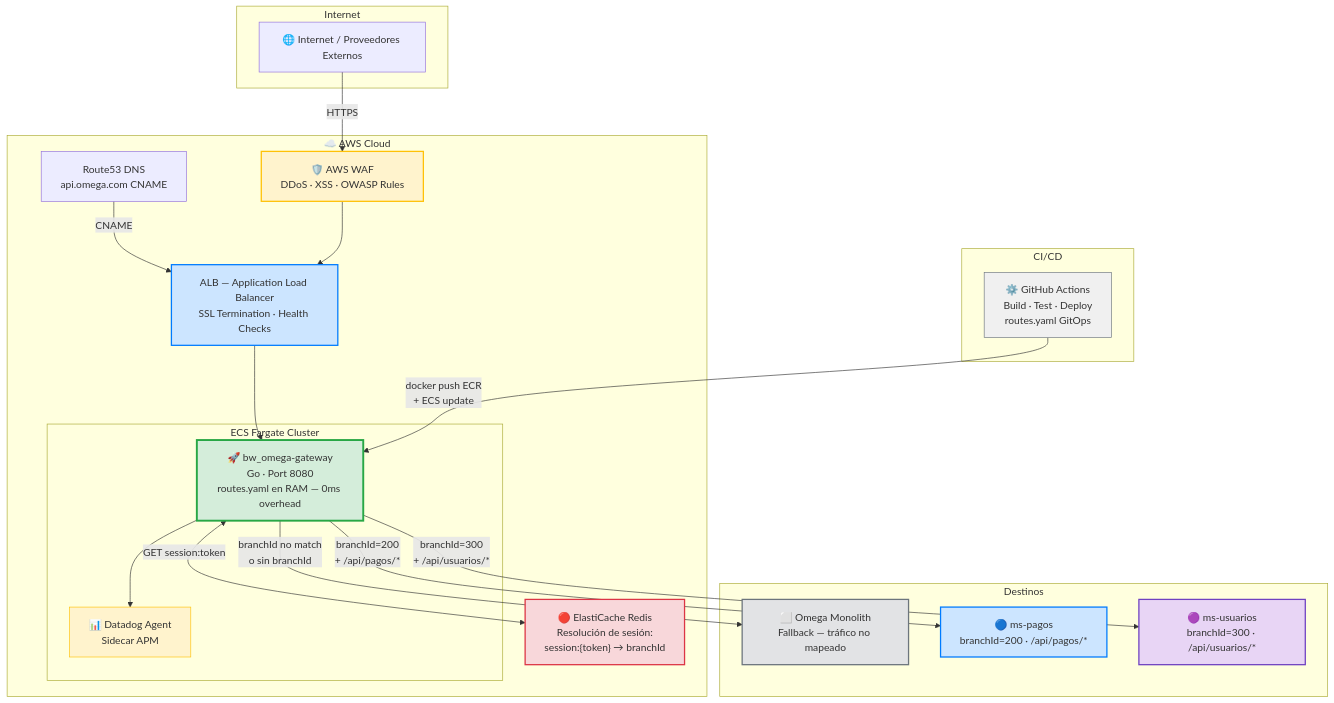
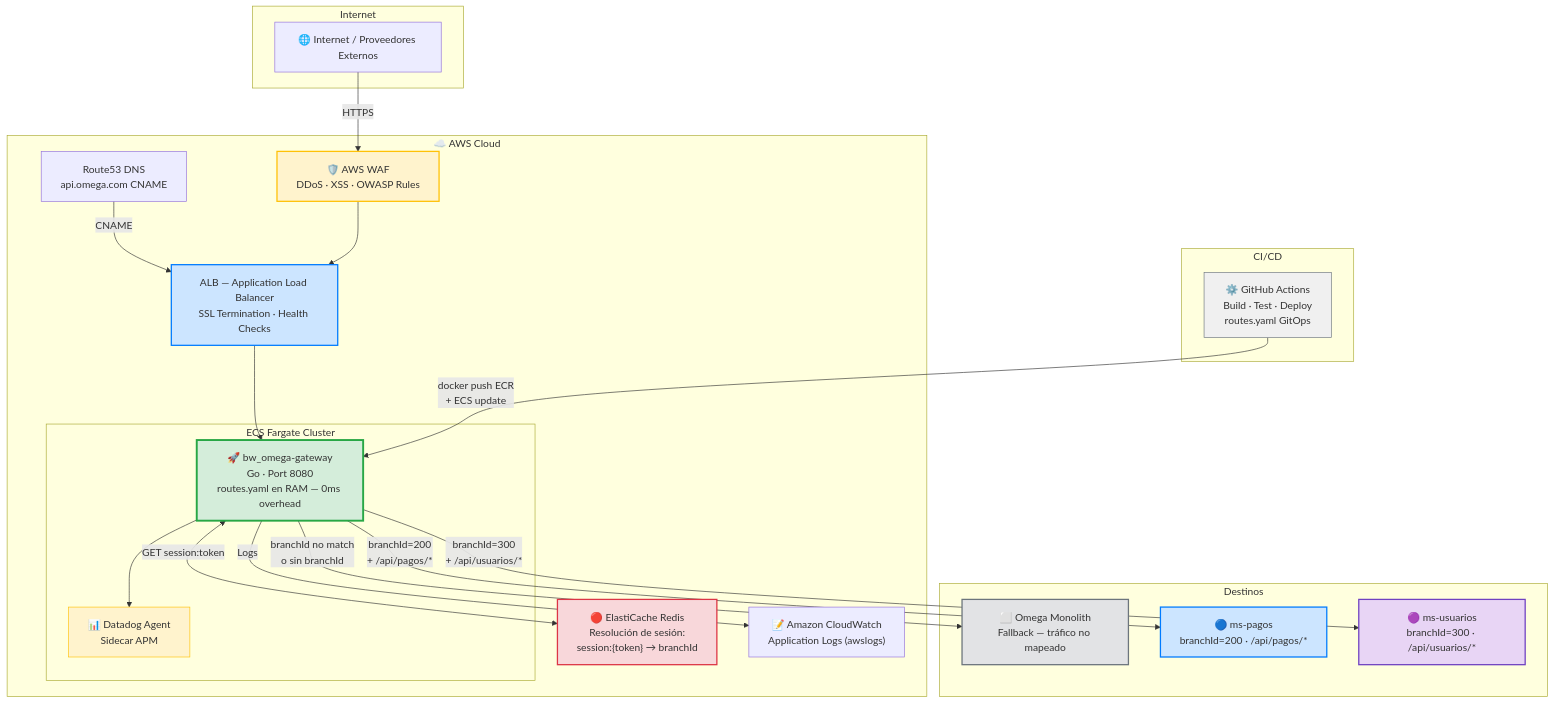
The diagram in Documentación Productos/Documentación Tecnica/POCs/DEV-1477-POC-Omega-gateway/gateway_docs/01_contexto_y_arquitectura.md (moreirajonatan1983/bw_kyc_docs), drawn with Mermaid before and after one commit. The commit also changed 1 other file, not shown here.

Commit message:
docs: add CloudWatch logs integration to architecture diagrams

````diff
--- a/Documentación Productos/Documentación Tecnica/POCs/DEV-1477-POC-Omega-gateway/gateway_docs/01_contexto_y_arquitectura.md
+++ b/Documentación Productos/Documentación Tecnica/POCs/DEV-1477-POC-Omega-gateway/gateway_docs/01_contexto_y_arquitectura.md
@@ -31,52 +31,54 @@
 ```mermaid
 flowchart TD
     subgraph Internet
         PROV["🌐 Internet / Proveedores Externos"]
     end
 
     subgraph AWS["☁️ AWS Cloud"]
         WAF["🛡️ AWS WAF\nDDoS · XSS · OWASP Rules"]
         R53["Route53 DNS\napi.omega.com CNAME"]
         ALB["ALB — Application Load Balancer\nSSL Termination · Health Checks"]
 
         subgraph ECS["ECS Fargate Cluster"]
             GW["🚀 bw_omega-gateway\nGo · Port 8080\nroutes.yaml en RAM — 0ms overhead"]
             DD["📊 Datadog Agent\nSidecar APM"]
         end
 
         REDIS["🔴 ElastiCache Redis\nResolución de sesión:\nsession:{token} → branchId"]
+        CW["📝 Amazon CloudWatch\nApplication Logs (awslogs)"]
     end
 
     subgraph Backends["Destinos"]
         OMEGA["⬜ Omega Monolith\nFallback — tráfico no mapeado"]
         PAGOS["🔵 ms-pagos\nbranchId=200 · /api/pagos/*"]
         USERS["🟣 ms-usuarios\nbranchId=300 · /api/usuarios/*"]
     end
 
     subgraph CICD["CI/CD"]
         GHA["⚙️ GitHub Actions\nBuild · Test · Deploy\nroutes.yaml GitOps"]
     end
 
     PROV -->|HTTPS| WAF
     R53 -->|CNAME| ALB
     WAF --> ALB
     ALB --> GW
     GW <-->|GET session:token| REDIS
     GW --> DD
+    GW -->|Logs| CW
 
     GW -->|"branchId no match\no sin branchId"| OMEGA
     GW -->|"branchId=200\n+ /api/pagos/*"| PAGOS
     GW -->|"branchId=300\n+ /api/usuarios/*"| USERS
 
     GHA -->|"docker push ECR\n+ ECS update"| GW
 
     style GW fill:#d4edda,stroke:#28a745,stroke-width:3px
     style WAF fill:#fff3cd,stroke:#ffc107,stroke-width:2px
     style ALB fill:#cce5ff,stroke:#007bff,stroke-width:2px
     style REDIS fill:#f8d7da,stroke:#dc3545,stroke-width:2px
     style OMEGA fill:#e2e3e5,stroke:#6c757d,stroke-width:2px
     style PAGOS fill:#cce5ff,stroke:#007bff,stroke-width:2px
     style USERS fill:#e8d5f5,stroke:#6f42c1,stroke-width:2px
     style DD fill:#fff3cd,stroke:#ffc107,stroke-width:1px
     style GHA fill:#f0f0f0,stroke:#6c757d,stroke-width:1px
 ```
````
